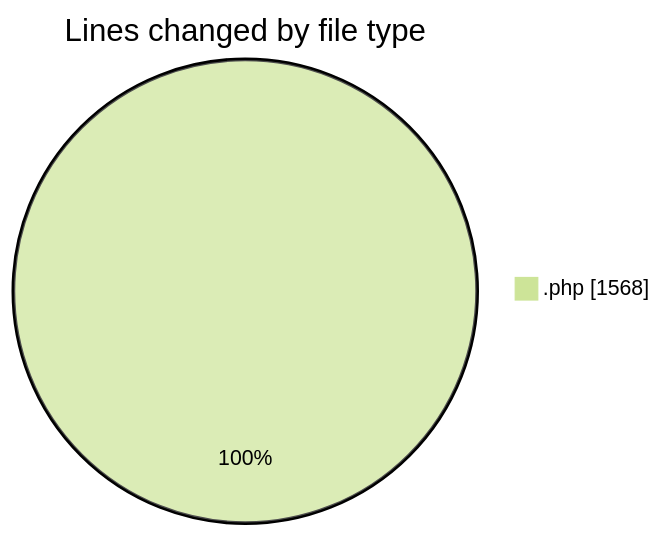
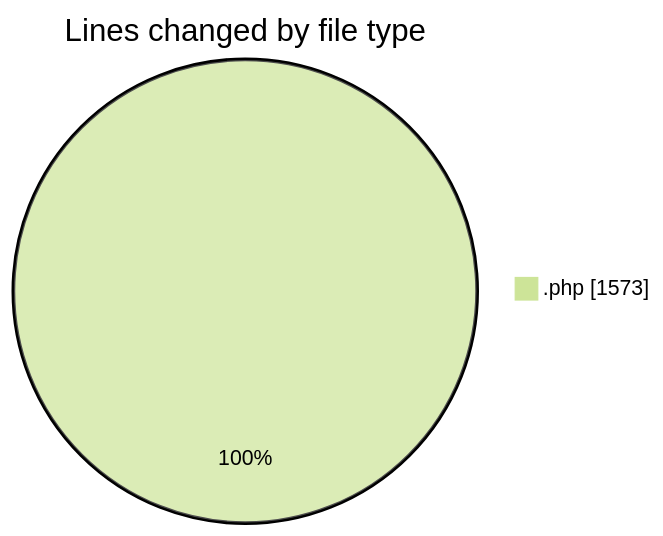
Before and after one commit to vahidmafi/code-tracking: the first of 2 diagrams in 2025-04-17/zeytoon/README.md, drawn with Mermaid (forest theme). The commit also changed other lines of this file and 1 other file, not shown here.

````diff
--- a/2025-04-17/zeytoon/README.md
+++ b/2025-04-17/zeytoon/README.md
@@ -23,5 +23,5 @@
 ```mermaid
 pie showData
 title Lines changed by file type
-".php" : 1568
+".php" : 1573
 ```
````
